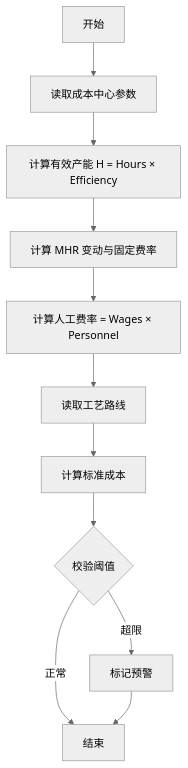
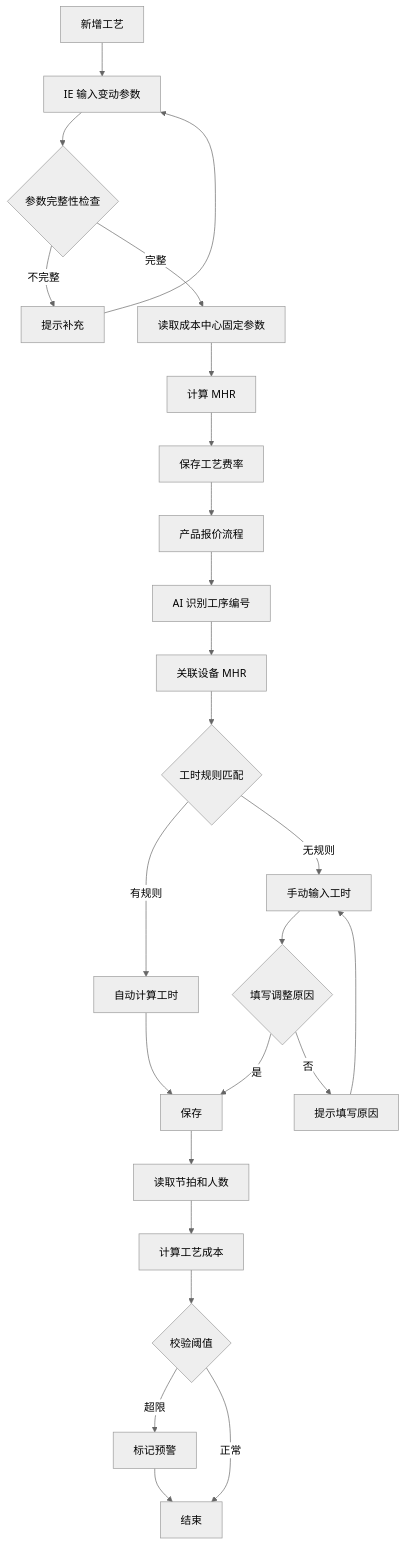
Before and after one commit to randyluo85/Quoting-Copilot: the diagram in docs/PROCESS_COST_LOGIC.md, drawn with Mermaid (neutral theme). The commit also changed other lines of this file and 5 other files, not shown here.

````diff
--- a/docs/PROCESS_COST_LOGIC.md
+++ b/docs/PROCESS_COST_LOGIC.md
@@ -265,13 +541,28 @@
 ```mermaid
 flowchart TD
-    A[开始] --> B[读取成本中心参数]
-    B --> C[计算有效产能 H = Hours × Efficiency]
-    C --> D[计算 MHR 变动与固定费率]
-    D --> E[计算人工费率 = Wages × Personnel]
-    E --> F[读取工艺路线]
-    F --> G[计算标准成本]
-    G --> H{校验阈值}
-    H -->|超限| I[标记预警]
-    H -->|正常| J[结束]
-    I --> J
+    A[新增工艺] --> B[IE 输入变动参数]
+    B --> C{参数完整性检查}
+    C -->|不完整| D[提示补充]
+    D --> B
+    C -->|完整| E[读取成本中心固定参数]
+    E --> F[计算 MHR]
+    F --> G[保存工艺费率]
+
+    G --> H[产品报价流程]
+    H --> I[AI 识别工序编号]
+    I --> J[关联设备 MHR]
+    J --> K{工时规则匹配}
+    K -->|有规则| L[自动计算工时]
+    K -->|无规则| M[手动输入工时]
+    M --> N{填写调整原因}
+    N -->|是| O[保存]
+    N -->|否| P[提示填写原因]
+    L --> O
+    P --> M
+    O --> Q[读取节拍和人数]
+    Q --> R[计算工艺成本]
+    R --> S{校验阈值}
+    S -->|超限| T[标记预警]
+    S -->|正常| U[结束]
+    T --> U
 ```
````
